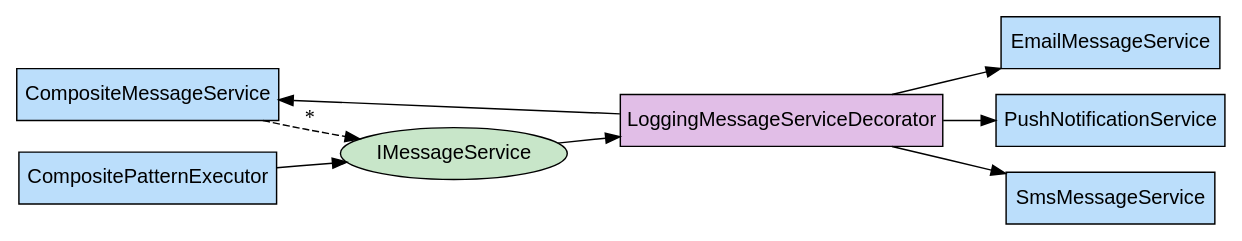
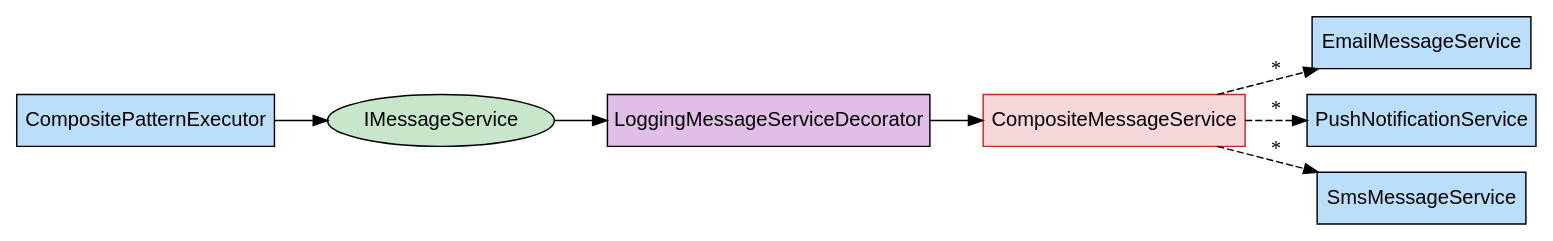
The diagram in examples/Qudi.Example.Readme/exported/CompositePatternExecutor.dot (arika0093/Qudi), drawn with Graphviz before and after one commit. The commit also changed 7 other files, not shown here.

Commit message:
Implement composite pattern enhancements: update visual representations and add support for composite nodes in output writers

```diff
--- a/examples/Qudi.Example.Readme/exported/CompositePatternExecutor.dot
+++ b/examples/Qudi.Example.Readme/exported/CompositePatternExecutor.dot
@@ -1,18 +1,17 @@
 digraph Qudi {
   rankdir=LR;
   node [shape=box, fontname="Arial"];
-  "Qudi.Examples.CompositePattern.CompositeMessageService" [label="CompositeMessageService", shape=box, style=filled, fillcolor="#bbdefb"];
+  "Qudi.Examples.CompositePattern.CompositeMessageService" [label="CompositeMessageService", shape=box, style=filled, fillcolor="#f8d7da", color="#c62828"];
   "Qudi.Examples.CompositePattern.CompositePatternExecutor" [label="CompositePatternExecutor", shape=box, style=filled, fillcolor="#bbdefb"];
   "Qudi.Examples.CompositePattern.EmailMessageService" [label="EmailMessageService", shape=box, style=filled, fillcolor="#bbdefb"];
   "Qudi.Examples.CompositePattern.IMessageService" [label="IMessageService", shape=ellipse, style=filled, fillcolor="#c8e6c9"];
   "Qudi.Examples.CompositePattern.LoggingMessageServiceDecorator" [label="LoggingMessageServiceDecorator", shape=box, style=filled, fillcolor="#e1bee7"];
   "Qudi.Examples.CompositePattern.PushNotificationService" [label="PushNotificationService", shape=box, style=filled, fillcolor="#bbdefb"];
   "Qudi.Examples.CompositePattern.SmsMessageService" [label="SmsMessageService", shape=box, style=filled, fillcolor="#bbdefb"];
   "Qudi.Examples.CompositePattern.CompositePatternExecutor" -> "Qudi.Examples.CompositePattern.IMessageService";
   "Qudi.Examples.CompositePattern.IMessageService" -> "Qudi.Examples.CompositePattern.LoggingMessageServiceDecorator";
-  "Qudi.Examples.CompositePattern.LoggingMessageServiceDecorator" -> "Qudi.Examples.CompositePattern.EmailMessageService";
-  "Qudi.Examples.CompositePattern.LoggingMessageServiceDecorator" -> "Qudi.Examples.CompositePattern.SmsMessageService";
-  "Qudi.Examples.CompositePattern.LoggingMessageServiceDecorator" -> "Qudi.Examples.CompositePattern.PushNotificationService";
   "Qudi.Examples.CompositePattern.LoggingMessageServiceDecorator" -> "Qudi.Examples.CompositePattern.CompositeMessageService";
-  "Qudi.Examples.CompositePattern.CompositeMessageService" -> "Qudi.Examples.CompositePattern.IMessageService" [label="*", style=dashed];
+  "Qudi.Examples.CompositePattern.CompositeMessageService" -> "Qudi.Examples.CompositePattern.EmailMessageService" [label="*", style=dashed];
+  "Qudi.Examples.CompositePattern.CompositeMessageService" -> "Qudi.Examples.CompositePattern.SmsMessageService" [label="*", style=dashed];
+  "Qudi.Examples.CompositePattern.CompositeMessageService" -> "Qudi.Examples.CompositePattern.PushNotificationService" [label="*", style=dashed];
 }
```
